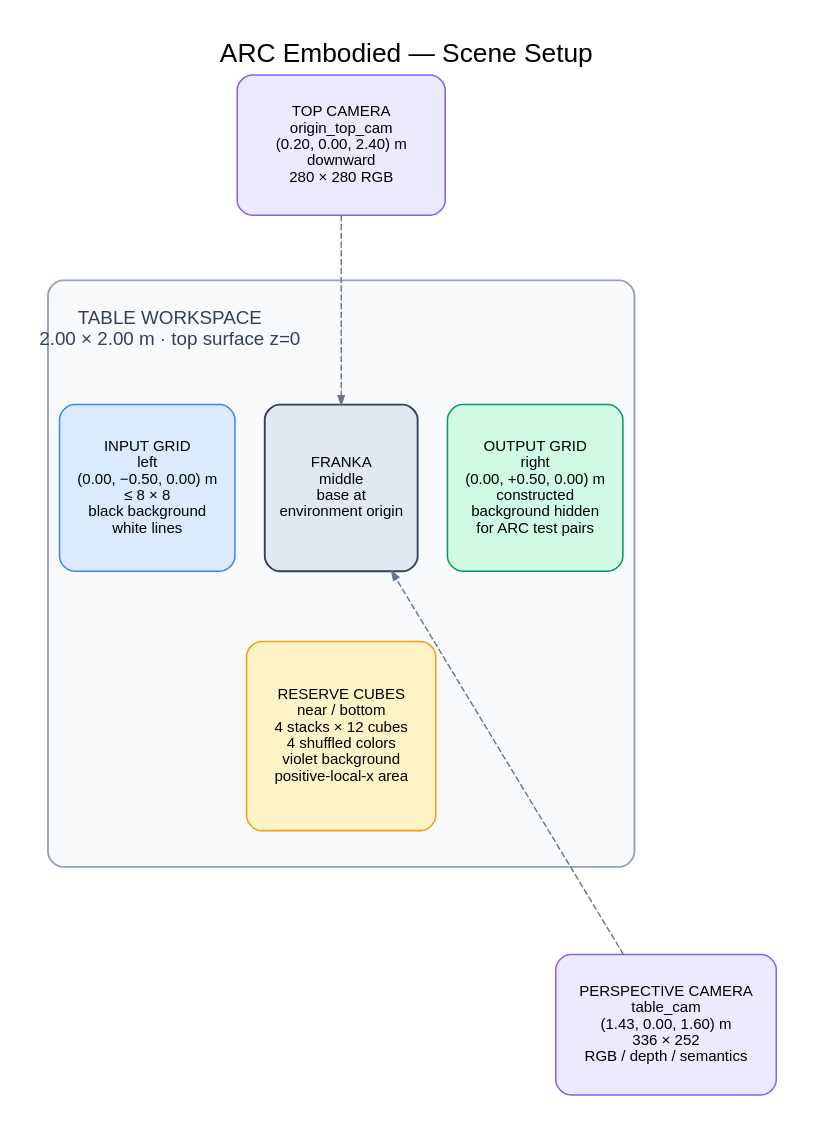
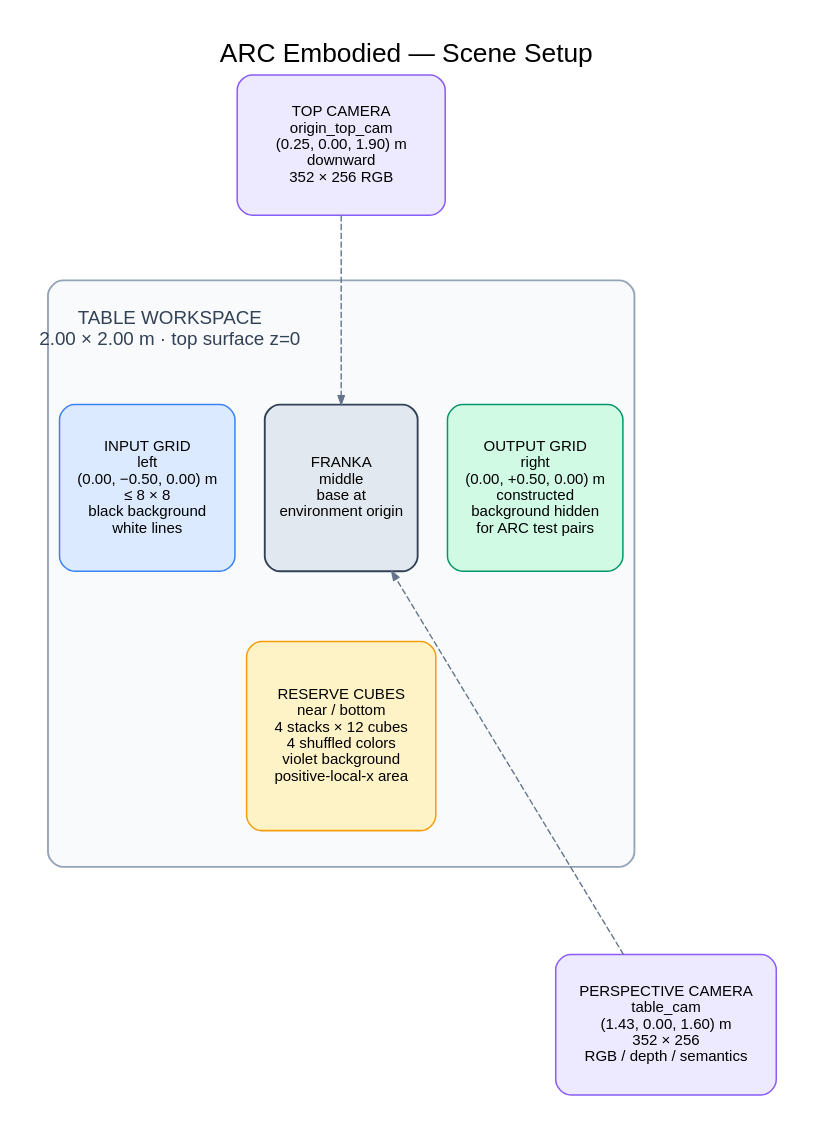
The diagram in source/era_bench/docs/architecture/arc_embodied_scene_setup.dot (nardo7/era_bench), drawn with Graphviz before and after one commit. The commit also changed 8 other files, not shown here.

```diff
--- a/source/era_bench/docs/architecture/arc_embodied_scene_setup.dot
+++ b/source/era_bench/docs/architecture/arc_embodied_scene_setup.dot
@@ -1,121 +1,121 @@
 digraph ArcEmbodiedSceneSetup {
   graph [
     label="ARC Embodied — Scene Setup",
     labelloc=t,
     fontsize=21,
     fontname="Arial",
     layout=neato,
     overlap=true,
     splines=polyline,
     outputorder=nodesfirst,
     bgcolor="white",
     pad=0.30
   ];
 
   node [
     shape=box,
     style="rounded,filled",
     fontname="Arial",
     fontsize=12,
     color="#334155",
     penwidth=1.2,
     margin="0.17,0.11",
     pin=true
   ];
 
   edge [
     color="#64748B",
     fontname="Arial",
     fontsize=10.5,
     arrowsize=0.7,
     penwidth=1.1
   ];
 
   table_surface [
     label="",
     shape=box,
     style="rounded,filled",
     fixedsize=true,
     width=6.5,
     height=6.5,
     fillcolor="#F8FAFC",
     color="#94A3B8",
     penwidth=1.5,
     pos="0,0!"
   ];
 
   table_label [
     label="TABLE WORKSPACE\n2.00 × 2.00 m · top surface z=0",
     shape=plain,
     style="",
     margin=0,
     fontname="Arial",
     fontsize=15,
     fontcolor="#334155",
     pos="-1.90,2.70!"
   ];
 
   input [
     label="INPUT GRID\nleft\n(0.00, −0.50, 0.00) m\n≤ 8 × 8\nblack background\nwhite lines",
     fillcolor="#DBEAFE",
     color="#3B82F6",
     fixedsize=true,
     width=1.95,
     height=1.85,
     pos="-2.15,0.95!"
   ];
 
   robot [
     label="FRANKA\nmiddle\nbase at\nenvironment origin",
     fillcolor="#E2E8F0",
     penwidth=1.5,
     fixedsize=true,
     width=1.70,
     height=1.85,
     pos="0,0.95!"
   ];
 
   output [
     label="OUTPUT GRID\nright\n(0.00, +0.50, 0.00) m\nconstructed\nbackground hidden\nfor ARC test pairs",
     fillcolor="#D1FAE5",
     color="#059669",
     fixedsize=true,
     width=1.95,
     height=1.85,
     pos="2.15,0.95!"
   ];
 
   reserve [
     label="RESERVE CUBES\nnear / bottom\n4 stacks × 12 cubes\n4 shuffled colors\nviolet background\npositive-local-x area",
     fillcolor="#FEF3C7",
     color="#F59E0B",
     fixedsize=true,
     width=2.10,
     height=2.10,
     pos="0,-1.80!"
   ];
 
   top_cam [
-    label="TOP CAMERA\norigin_top_cam\n(0.20, 0.00, 2.40) m\ndownward\n280 × 280 RGB",
+    label="TOP CAMERA\norigin_top_cam\n(0.25, 0.00, 1.90) m\ndownward\n352 × 256 RGB",
     fillcolor="#EDE9FE",
     color="#8B5CF6",
     fixedsize=true,
     width=2.30,
     height=1.55,
     pos="0,4.75!"
   ];
 
   perspective_cam [
-    label="PERSPECTIVE CAMERA\ntable_cam\n(1.43, 0.00, 1.60) m\n336 × 252\nRGB / depth / semantics",
+    label="PERSPECTIVE CAMERA\ntable_cam\n(1.43, 0.00, 1.60) m\n352 × 256\nRGB / depth / semantics",
     fillcolor="#EDE9FE",
     color="#8B5CF6",
     fixedsize=true,
     width=2.45,
     height=1.55,
     pos="3.60,-5.00!"
   ];
 
   top_cam -> robot [style=dashed];
 
   perspective_cam -> robot [style=dashed];
 }
```
